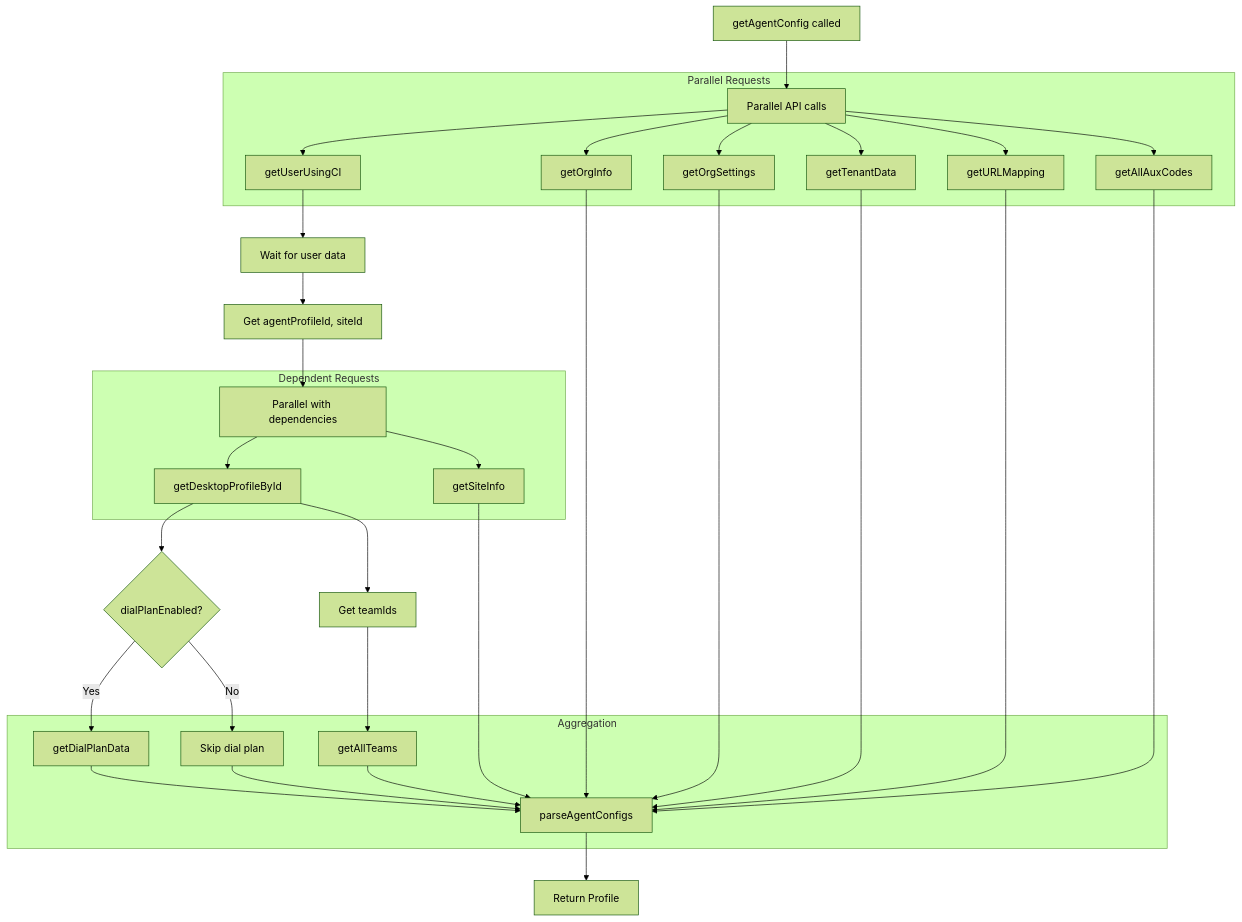
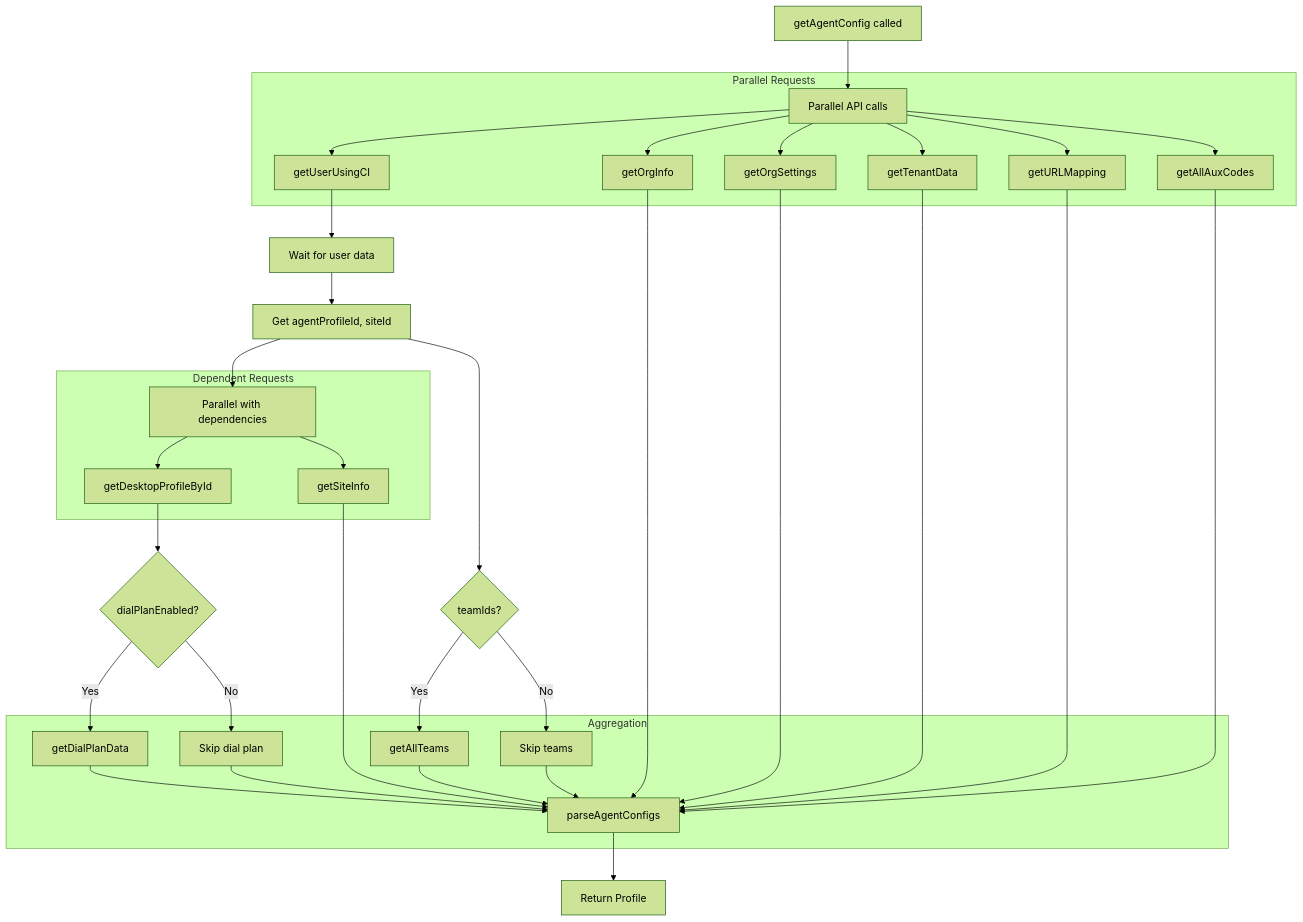
The first of 2 diagrams in packages/@webex/contact-center/src/services/config/ai-docs/ARCHITECTURE.md (webex/webex-js-sdk), drawn with Mermaid (forest theme) before and after one commit. The commit also changed other lines of this file, not shown here.

Commit message:
docs(config): review comments

````diff
--- a/packages/@webex/contact-center/src/services/config/ai-docs/ARCHITECTURE.md
+++ b/packages/@webex/contact-center/src/services/config/ai-docs/ARCHITECTURE.md
@@ -22,43 +22,45 @@
 ```mermaid
 flowchart TD
     A[getAgentConfig called] --> B[Parallel API calls]
     
     subgraph parallel [Parallel Requests]
         B --> C1[getUserUsingCI]
         B --> C2[getOrgInfo]
         B --> C3[getOrgSettings]
         B --> C4[getTenantData]
         B --> C5[getURLMapping]
         B --> C6[getAllAuxCodes]
     end
     
     C1 --> D[Wait for user data]
     D --> E[Get agentProfileId, siteId]
     
     E --> F[Parallel with dependencies]
     subgraph dependent [Dependent Requests]
         F --> G1[getDesktopProfileById]
         F --> G2[getSiteInfo]
     end
     
     G1 --> H{dialPlanEnabled?}
     H -->|Yes| I[getDialPlanData]
     H -->|No| J[Skip dial plan]
-    
-    G1 --> K[Get teamIds]
-    K --> L[getAllTeams]
-    
+
+    E --> K{teamIds?}
+    K -->|Yes| L[getAllTeams]
+    K -->|No| N1[Skip teams]
+
     subgraph aggregate [Aggregation]
         I --> M[parseAgentConfigs]
         J --> M
         L --> M
+        N1 --> M
         C2 --> M
         C3 --> M
         C4 --> M
         C5 --> M
         C6 --> M
         G2 --> M
     end
     
     M --> N[Return Profile]
 ```
````
